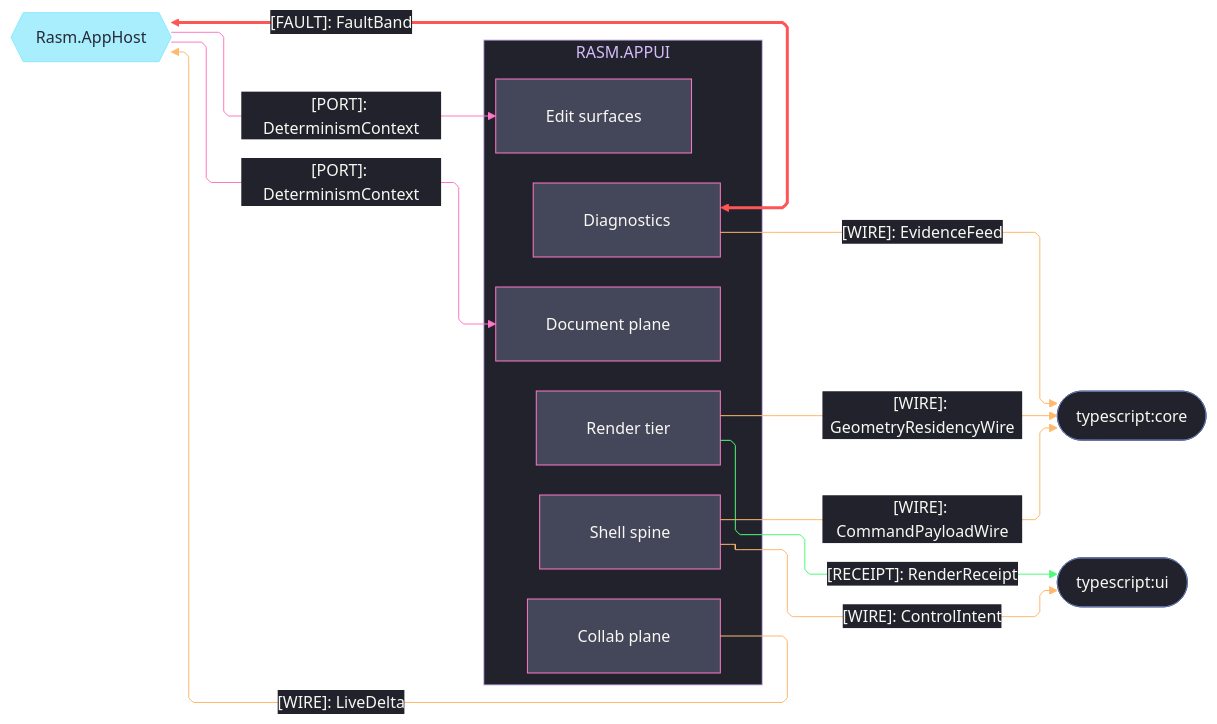
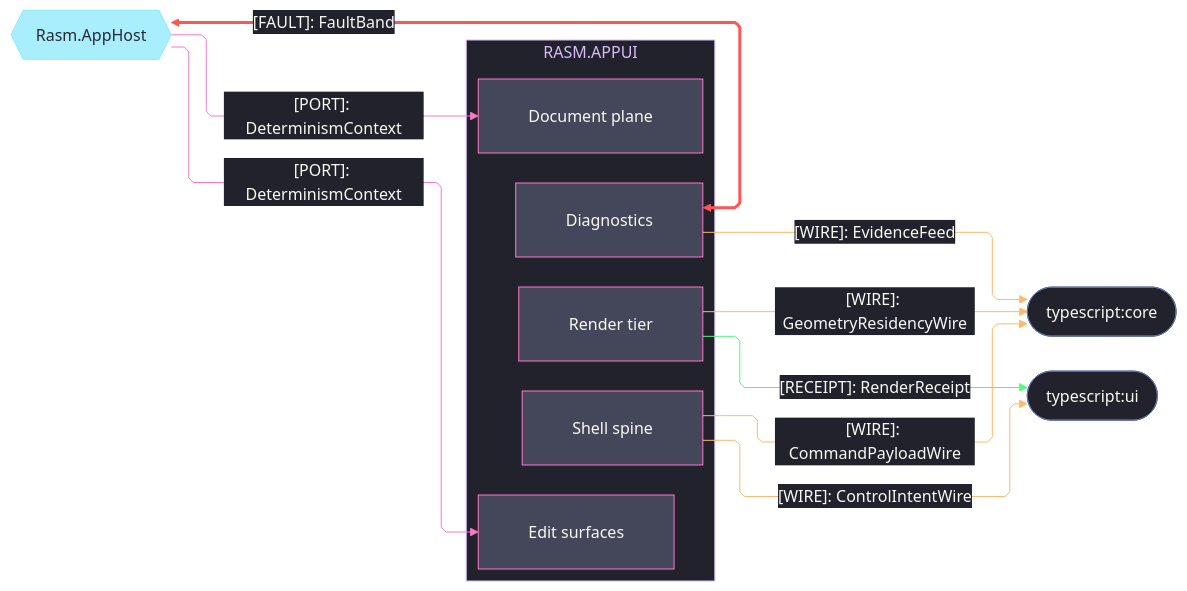
One commit to bsamiee/Rasm changed the third of 3 diagrams in libs/csharp/Rasm.AppUi/ARCHITECTURE.md. Above: the diagram before and after it, drawn with Mermaid. The commit also changed other lines of this file and 24 other files, not shown here.

Commit message:
architecture: seam registries + codemaps aligned across the estate (worker fabric edges, scene rows, csharp/ts seam mirrors)

````diff
--- a/libs/csharp/Rasm.AppUi/ARCHITECTURE.md
+++ b/libs/csharp/Rasm.AppUi/ARCHITECTURE.md
@@ -141,65 +220,63 @@
 ```mermaid
 ---
 config:
   theme: base
   look: classic
   layout: elk
   flowchart:
     curve: linear
     padding: 25
   themeVariables:
     darkMode: true
     fontFamily: "SF Mono, Menlo, Cascadia Mono, Segoe UI Mono, Consolas, monospace"
     useGradient: false
     dropShadow: "none"
     background: "#282A36"
     primaryColor: "#44475A"
     primaryTextColor: "#F8F8F2"
     primaryBorderColor: "#BD93F9"
     lineColor: "#FF79C6"
     textColor: "#F8F8F2"
     clusterBkg: "#21222C"
     clusterBorder: "#D6BCFA"
     edgeLabelBackground: "#21222C"
     labelBackgroundColor: "#21222C"
     titleColor: "#D6BCFA"
   themeCSS: ".nodeLabel{font-size:13px;font-weight:500}.edgeLabel{font-size:12px;font-weight:500}.cluster-label .nodeLabel{font-size:13.5px;font-weight:700;letter-spacing:.08em}.edge-thickness-normal{stroke-width:2px}.edge-thickness-thick{stroke-width:3px}.edge-pattern-dashed,.edge-pattern-dotted{stroke-width:1.5px;stroke-dasharray:4 6}.node rect,.node circle,.node polygon,.node path,.node .outer-path{stroke-width:1.5px;filter:none!important}.cluster rect{stroke-width:1px!important;stroke-dasharray:5 4!important;filter:none!important}.marker path{transform:scale(.8);transform-origin:5px 5px}.marker circle{transform:scale(.48);transform-origin:5px 5px}.edgeLabel rect{transform-box:fill-box;transform-origin:center;transform:scale(1.1,1.2)}"
 ---
 flowchart LR
     accTitle: AppUi platform-host and cross-runtime wire seams
-    accDescr: AppUi shell, render, editing, document, collaboration, and diagnostics owners exchanging command, layout, evidence, and live-delta wires, render receipts, determinism ports, and the fault-band adjacency with the app host and the TypeScript core and viewer peers, edge rails colored by kind and nodes classed by seam direction.
+    accDescr: AppUi shell, render, editing, document, and diagnostics owners exchanging command, residency, and evidence wires, render receipts, determinism ports, and the fault-band adjacency with the app host and the TypeScript core and viewer peers, edge rails colored by kind and nodes classed by seam direction.
     subgraph appui[RASM.APPUI]
         Shell[Shell spine]
         Render[Render tier]
         Editing[Edit surfaces]
         Document[Document plane]
-        Collab[Collab plane]
         Diagnostics[Diagnostics]
     end
     AppHost{{Rasm.AppHost}}
     Core([typescript:core])
     Ui([typescript:ui])
     Shell e1@-->|"[WIRE]: CommandPayloadWire"| Core
     Render e2@-->|"[WIRE]: GeometryResidencyWire"| Core
     Diagnostics e3@-->|"[WIRE]: EvidenceFeed"| Core
-    Shell e4@-->|"[WIRE]: ControlIntent"| Ui
+    Shell e4@-->|"[WIRE]: ControlIntentWire"| Ui
     Render e5@-->|"[RECEIPT]: RenderReceipt"| Ui
-    Collab e6@-->|"[WIRE]: LiveDelta"| AppHost
     AppHost e7@-->|"[PORT]: DeterminismContext"| Editing
     AppHost e8@-->|"[PORT]: DeterminismContext"| Document
     Diagnostics e9@<-->|"[FAULT]: FaultBand"| AppHost
     classDef primary fill:#44475A,stroke:#FF79C6,color:#F8F8F2
     classDef external fill:#8BE9FDBF,stroke:#8BE9FD,color:#282A36
     classDef annotation fill:#21222C,stroke:#6272A4,color:#F8F8F2
     classDef edgeData stroke:#FFB86C,color:#F8F8F2
     classDef edgeSuccess stroke:#50FA7B,color:#F8F8F2
     classDef edgeError stroke:#FF5555,stroke-width:3px,color:#F8F8F2
     classDef edgeControl stroke:#FF79C6,color:#F8F8F2
-    class Shell,Render,Editing,Document,Collab,Diagnostics primary
+    class Shell,Render,Editing,Document,Diagnostics primary
     class AppHost external
     class Core,Ui annotation
-    class e1,e2,e3,e4,e6 edgeData
+    class e1,e2,e3,e4 edgeData
     class e5 edgeSuccess
     class e7,e8 edgeControl
     class e9 edgeError
 ```
````
